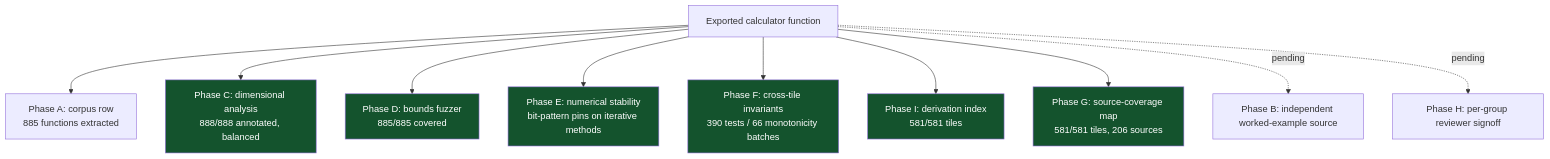
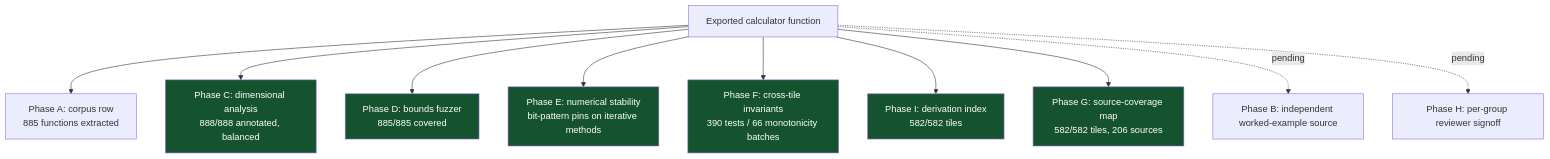
Before and after one commit to clay-good/roughlogic.com: the fifth of 7 diagrams in README.md, drawn with Mermaid. The commit also changed other lines of this file and 15 other files, not shown here.

````diff
--- a/README.md
+++ b/README.md
@@ -336,18 +336,18 @@
 ```mermaid
 flowchart TB
     F[Exported calculator function] --> A[Phase A: corpus row\n885 functions extracted]
     F --> C[Phase C: dimensional analysis\n888/888 annotated, balanced]
     F --> D[Phase D: bounds fuzzer\n885/885 covered]
     F --> E[Phase E: numerical stability\nbit-pattern pins on iterative methods]
     F --> Fa[Phase F: cross-tile invariants\n390 tests / 66 monotonicity batches]
-    F --> I[Phase I: derivation index\n581/581 tiles]
-    F --> G[Phase G: source-coverage map\n581/581 tiles, 206 sources]
+    F --> I[Phase I: derivation index\n582/582 tiles]
+    F --> G[Phase G: source-coverage map\n582/582 tiles, 206 sources]
     F -.pending.-> B[Phase B: independent worked-example source]
     F -.pending.-> H[Phase H: per-group reviewer signoff]
     style C fill:#14532d,color:#fff
     style D fill:#14532d,color:#fff
     style E fill:#14532d,color:#fff
     style Fa fill:#14532d,color:#fff
     style G fill:#14532d,color:#fff
     style I fill:#14532d,color:#fff
 ```
````
